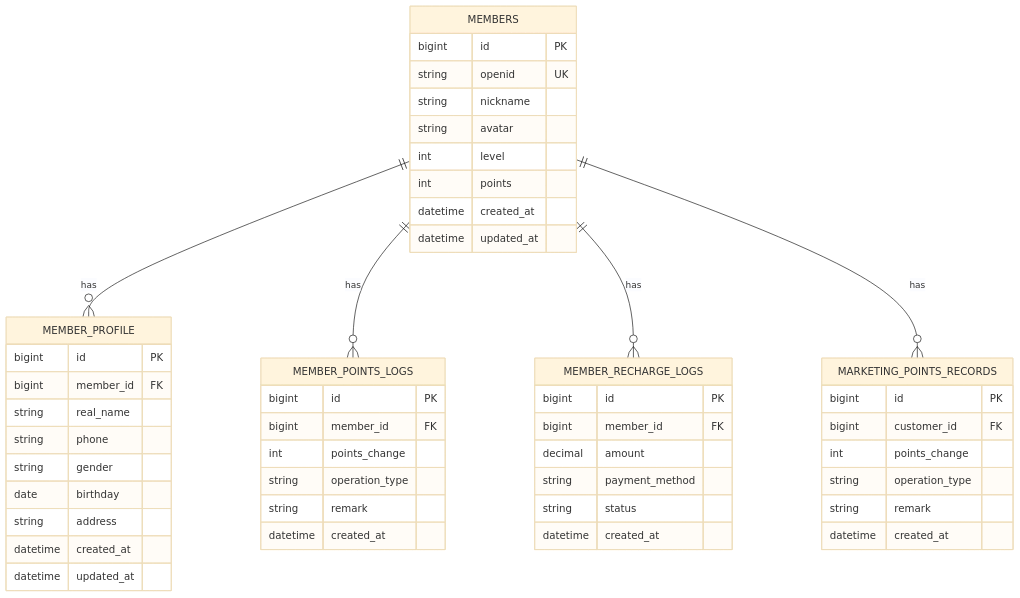
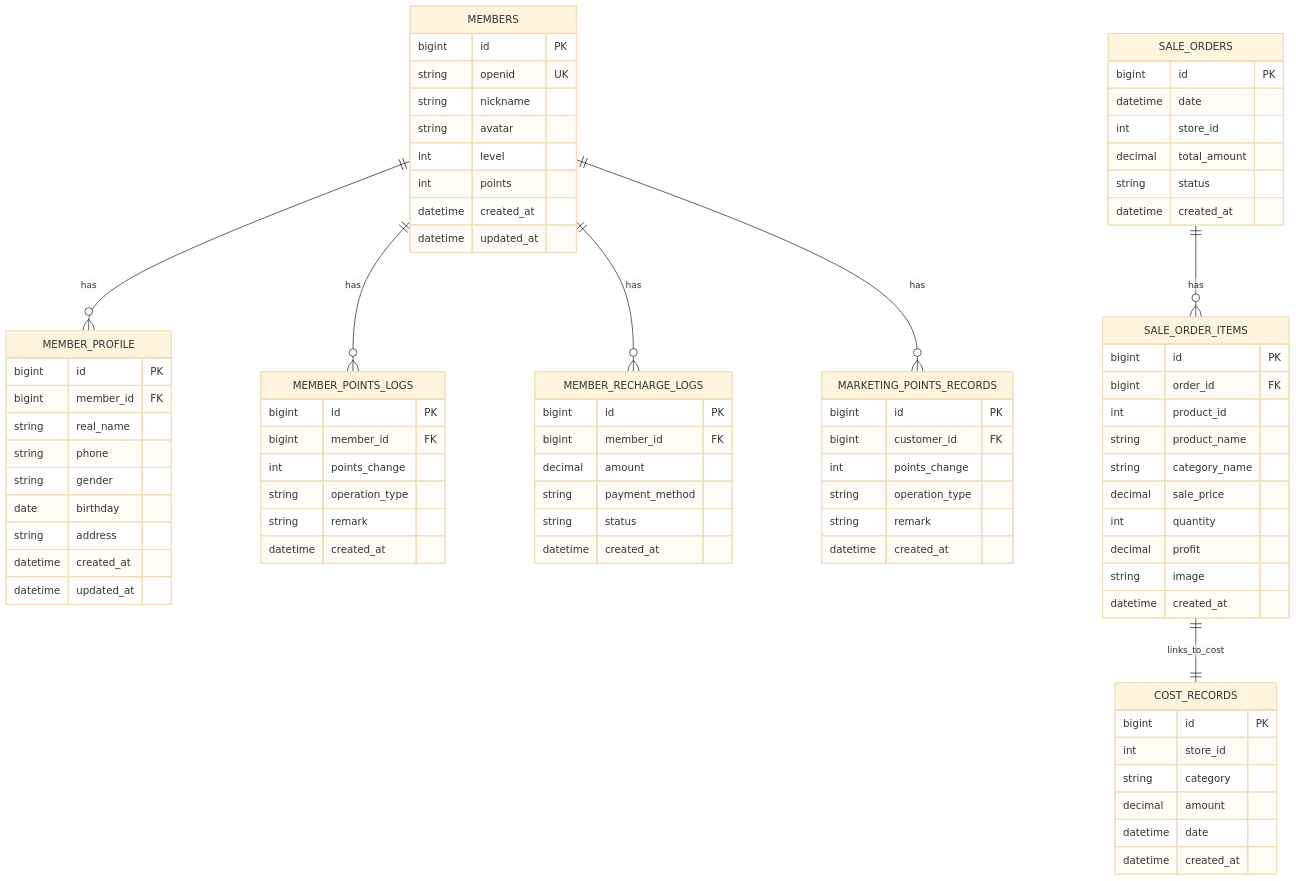
One commit to rc558620/purelyprofit-server changed diagram 17 of 17 in .qoder/repowiki/zh/content/业务模块/会员管理模块/会员管理模块.md. Above: the diagram before and after it, drawn with Mermaid (base theme). The commit also changed other lines of this file and 16 other files, not shown here.

````diff
--- a/.qoder/repowiki/zh/content/业务模块/会员管理模块/会员管理模块.md
+++ b/.qoder/repowiki/zh/content/业务模块/会员管理模块/会员管理模块.md
@@ -631,52 +863,82 @@
 ```mermaid
 erDiagram
 MEMBERS {
 bigint id PK
 string openid UK
 string nickname
 string avatar
 int level
 int points
 datetime created_at
 datetime updated_at
 }
 MEMBER_PROFILE {
 bigint id PK
 bigint member_id FK
 string real_name
 string phone
 string gender
 date birthday
 string address
 datetime created_at
 datetime updated_at
 }
 MEMBER_POINTS_LOGS {
 bigint id PK
 bigint member_id FK
 int points_change
 string operation_type
 string remark
 datetime created_at
 }
 MEMBER_RECHARGE_LOGS {
 bigint id PK
 bigint member_id FK
 decimal amount
 string payment_method
 string status
 datetime created_at
 }
 MARKETING_POINTS_RECORDS {
 bigint id PK
 bigint customer_id FK
 int points_change
 string operation_type
 string remark
 datetime created_at
 }
+SALE_ORDERS {
+bigint id PK
+datetime date
+int store_id
+decimal total_amount
+string status
+datetime created_at
+}
+SALE_ORDER_ITEMS {
+bigint id PK
+bigint order_id FK
+int product_id
+string product_name
+string category_name
+decimal sale_price
+int quantity
+decimal profit
+string image
+datetime created_at
+}
+COST_RECORDS {
+bigint id PK
+int store_id
+string category
+decimal amount
+datetime date
+datetime created_at
+}
 MEMBERS ||--o{ MEMBER_PROFILE : has
 MEMBERS ||--o{ MEMBER_POINTS_LOGS : has
 MEMBERS ||--o{ MEMBER_RECHARGE_LOGS : has
 MEMBERS ||--o{ MARKETING_POINTS_RECORDS : has
+SALE_ORDERS ||--o{ SALE_ORDER_ITEMS : has
+SALE_ORDER_ITEMS ||--|| COST_RECORDS : links_to_cost
 ```
````
